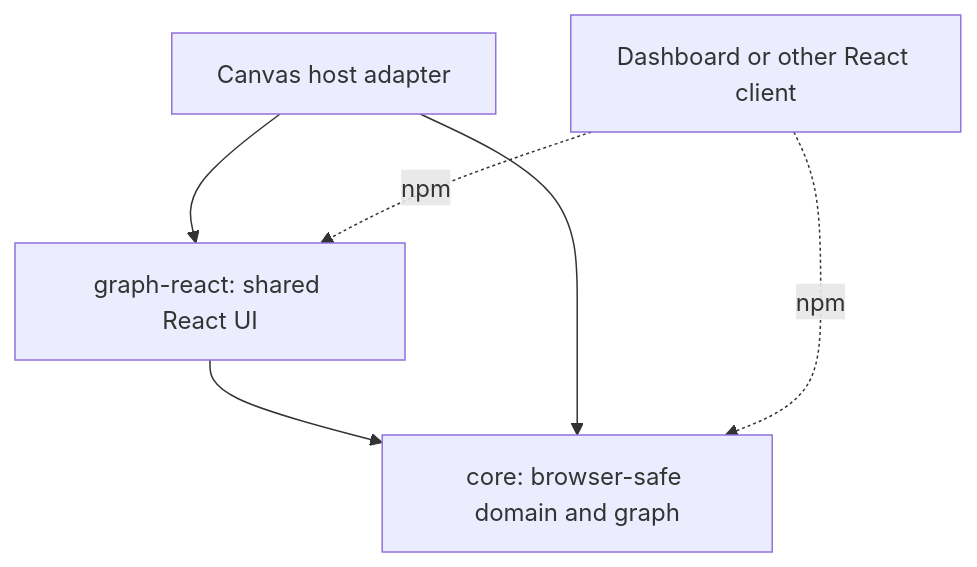
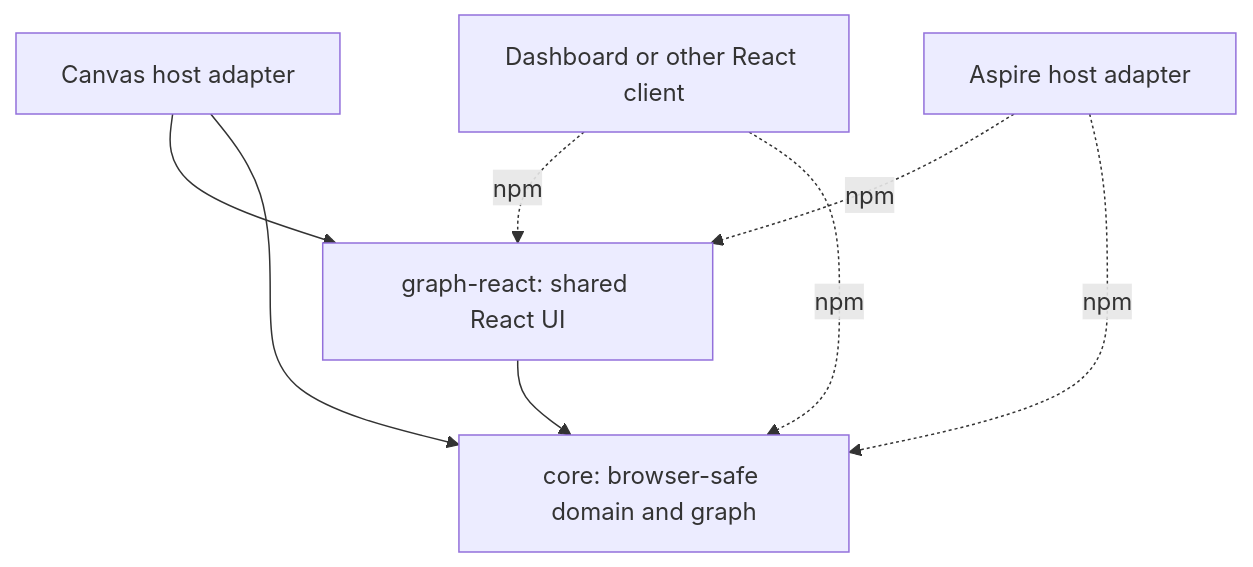
Before and after one commit to nicolejms/ai-extensions: the diagram in docs/design/2026-09-common-graph-libraries.md, drawn with Mermaid. The commit also changed other lines of this file, not shown here.

Commit message:
docs: include Aspire as a common graph consumer

````diff
--- a/docs/design/2026-09-common-graph-libraries.md
+++ b/docs/design/2026-09-common-graph-libraries.md
@@ -65,8 +65,10 @@
 ```mermaid
 flowchart TD
     Canvas["Canvas host adapter"] --> Graph["graph-react: shared React UI"]
     Dashboard["Dashboard or other React client"] -. npm .-> Graph
+    Aspire["Aspire host adapter"] -. npm .-> Graph
     Graph --> Core["core: browser-safe domain and graph"]
     Canvas --> Core
     Dashboard -. npm .-> Core
+    Aspire -. npm .-> Core
 ```
````
